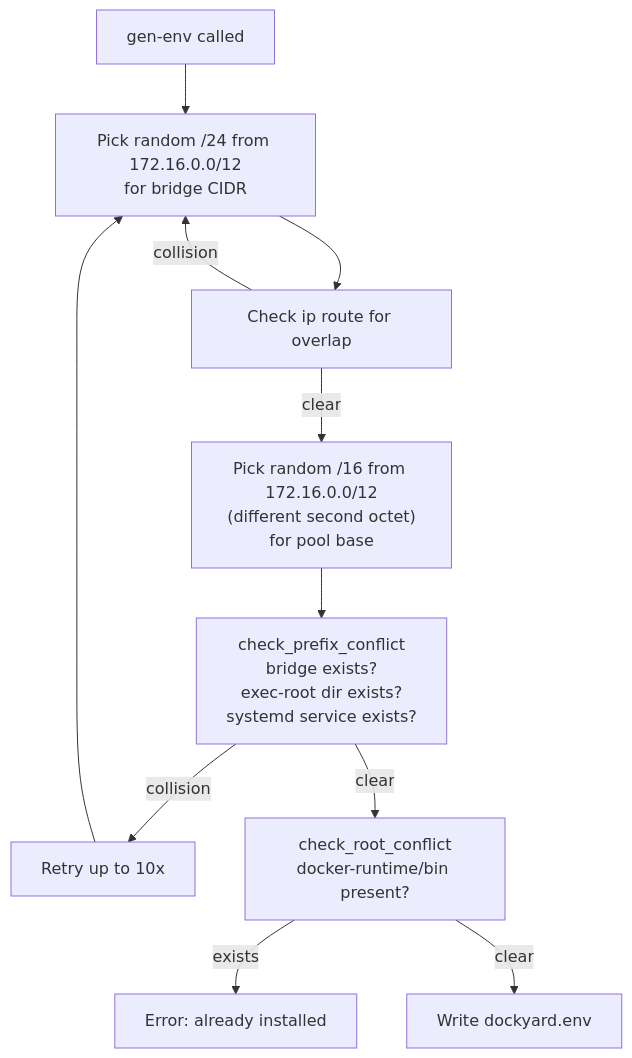
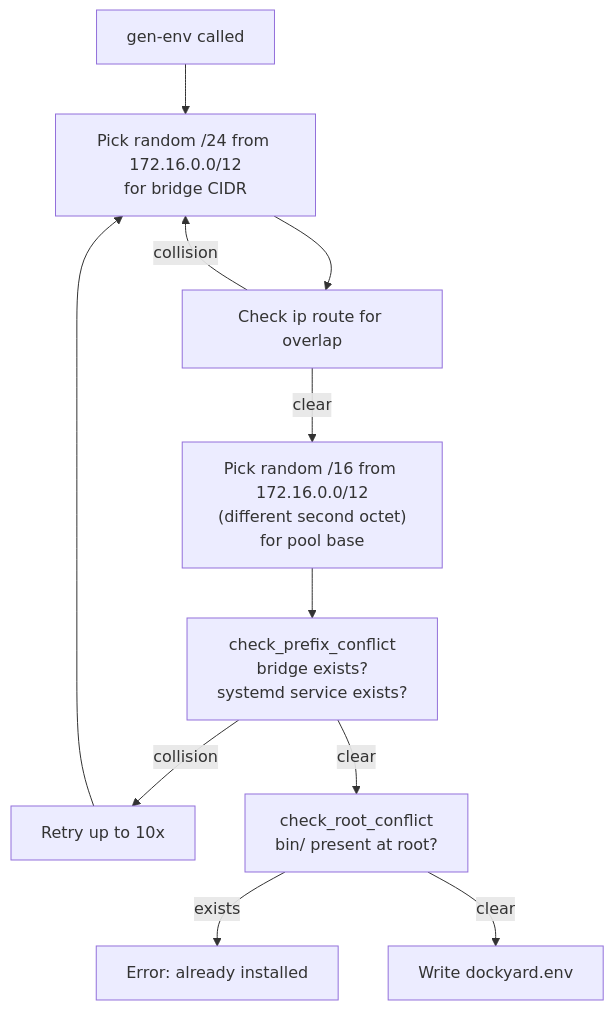
Before and after one commit to shaghafbrand/dockyard: the second of 6 diagrams in ARCHITECTURE.md, drawn with Mermaid. The commit also changed other lines of this file and 4 other files, not shown here.

First line of the commit message:
docs: update all docs and mermaid for FHS layout

````diff
--- a/ARCHITECTURE.md
+++ b/ARCHITECTURE.md
@@ -177,20 +165,19 @@
 ```mermaid
 graph TD
     A["gen-env called"] --> B["Pick random /24 from 172.16.0.0/12
 for bridge CIDR"]
     B --> C["Check ip route for overlap"]
     C -->|"collision"| B
     C -->|"clear"| D["Pick random /16 from 172.16.0.0/12
 (different second octet)
 for pool base"]
     D --> E["check_prefix_conflict
 bridge exists?
-exec-root dir exists?
 systemd service exists?"]
     E -->|"collision"| F["Retry up to 10x"]
     F --> B
     E -->|"clear"| G["check_root_conflict
-docker-runtime/bin present?"]
+bin/ present at root?"]
     G -->|"exists"| H["Error: already installed"]
     G -->|"clear"| I["Write dockyard.env"]
 ```
````
